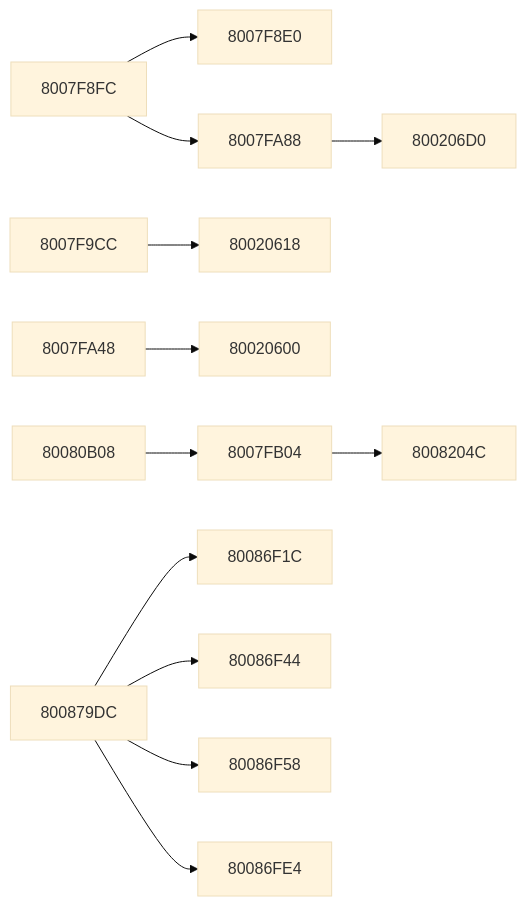
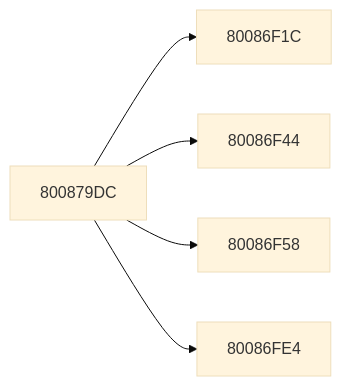
The fourth of 11 diagrams in docs/FUNCTION_MAP.md (kai-luni/Future-Cop-L.A.P.D-PS1), drawn with Mermaid (base theme) before and after one commit. The commit also changed other lines of this file and 287 other files, not shown here.

````diff
--- a/docs/FUNCTION_MAP.md
+++ b/docs/FUNCTION_MAP.md
@@ -1385,30 +1420,12 @@
 ```mermaid
 graph LR
-    f8007f8fc --> f8007f8e0
-    f8007f8fc --> f8007fa88
-    f8007f9cc --> f80020618
-    f8007fa48 --> f80020600
-    f8007fa88 --> f800206d0
-    f8007fb04 --> f8008204c
-    f80080b08 --> f8007fb04
     f800879dc --> f80086f1c
     f800879dc --> f80086f44
     f800879dc --> f80086f58
     f800879dc --> f80086fe4
-    f80020600["80020600"]
-    f80020618["80020618"]
-    f800206d0["800206D0"]
-    f8007f8e0["8007F8E0"]
-    f8007f8fc["8007F8FC"]
-    f8007f9cc["8007F9CC"]
-    f8007fa48["8007FA48"]
-    f8007fa88["8007FA88"]
-    f8007fb04["8007FB04"]
-    f80080b08["80080B08"]
-    f8008204c["8008204C"]
     f80086f1c["80086F1C"]
     f80086f44["80086F44"]
     f80086f58["80086F58"]
     f80086fe4["80086FE4"]
     f800879dc["800879DC"]
 ```
````
